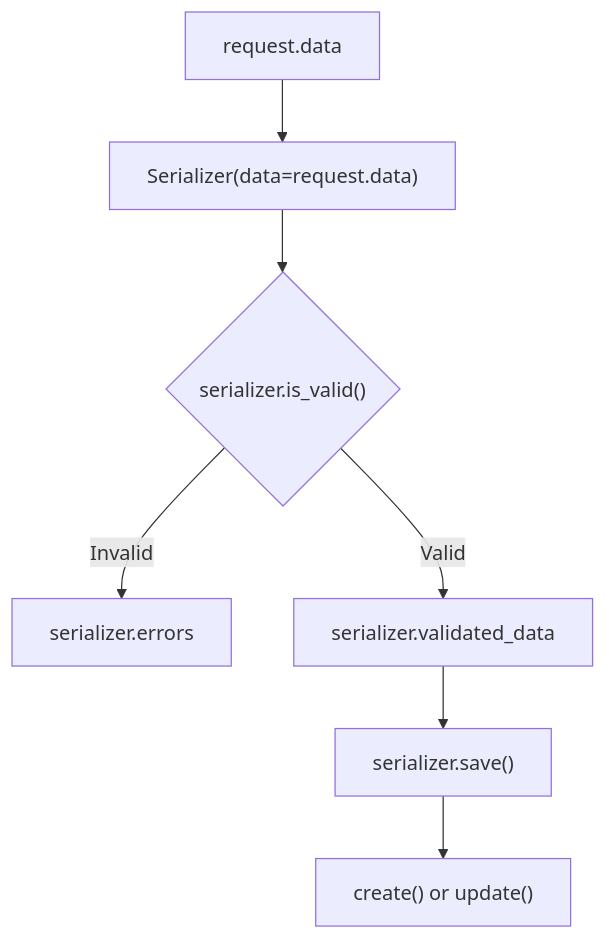
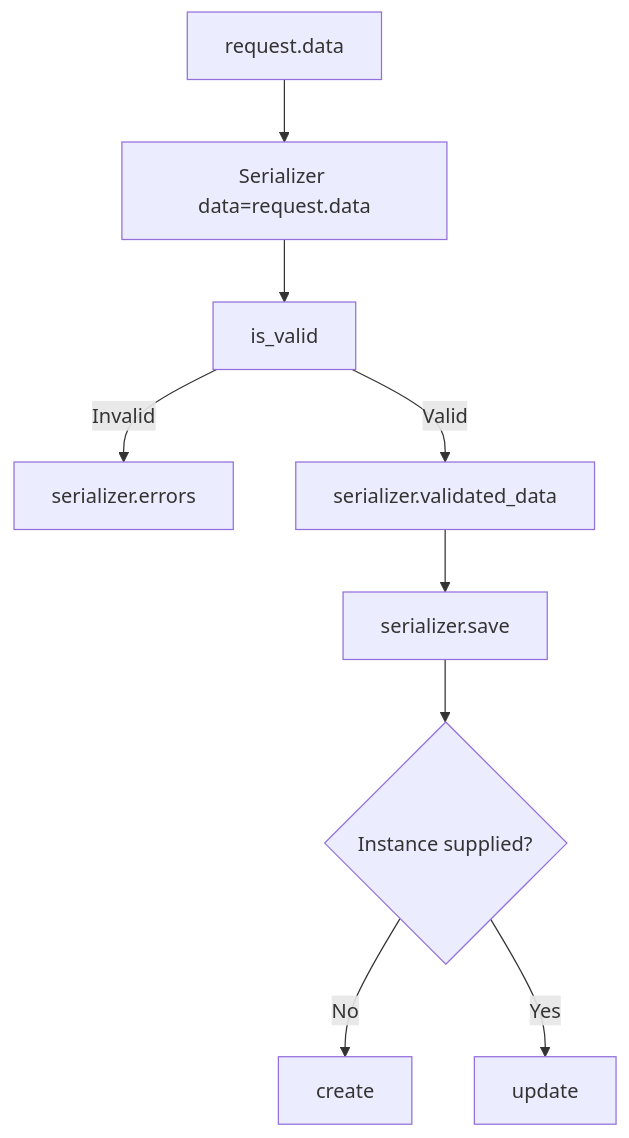
One commit to AvadhBhalodiya/Interview-Preparation changed the third of 4 diagrams in src/content/drf/serializers.md. Above: the diagram before and after it, drawn with Mermaid. The commit also changed other lines of this file and 80 other files, not shown here.

````diff
--- a/src/content/drf/serializers.md
+++ b/src/content/drf/serializers.md
@@ -96,9 +107,11 @@
 ```mermaid
 flowchart TD
-    A[request.data] --> B["Serializer(data=request.data)"]
-    B --> C{"serializer.is_valid()"}
+    A[request.data] --> B[Serializer data=request.data]
+    B --> C[is_valid]
     C -->|Invalid| D[serializer.errors]
     C -->|Valid| E[serializer.validated_data]
-    E --> F["serializer.save()"]
-    F --> G["create() or update()"]
+    E --> F[serializer.save]
+    F --> G{Instance supplied?}
+    G -->|No| H[create]
+    G -->|Yes| I[update]
 ```
````
